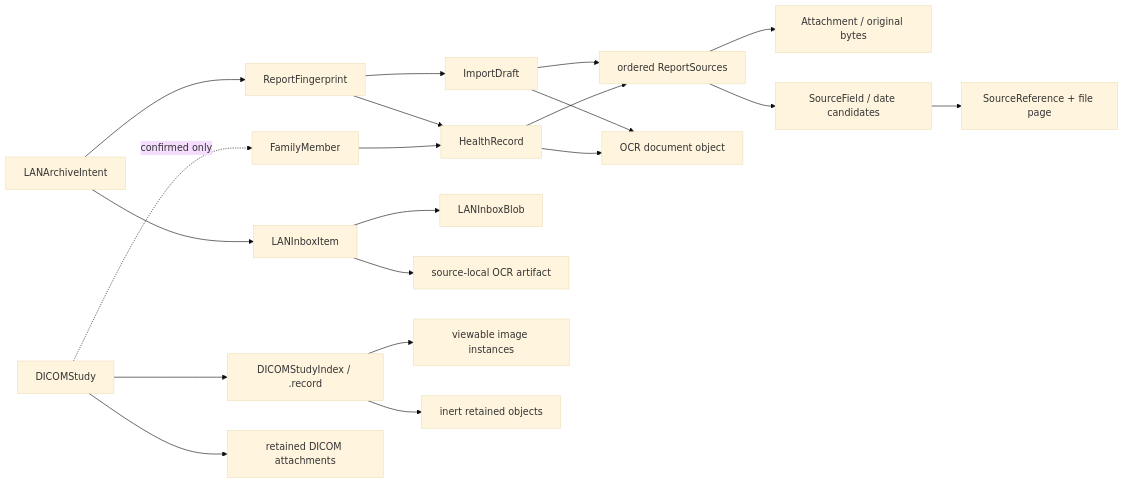
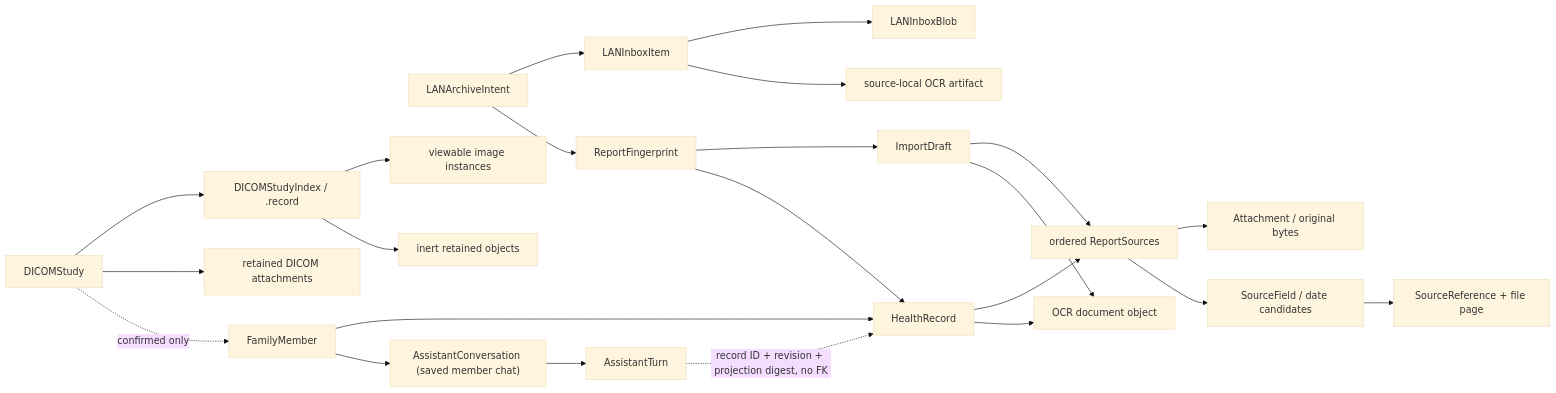
The first of 2 diagrams in docs/domain-and-data-model.md (renyijiu/kinlogue), drawn with Mermaid (base theme) before and after one commit. The commit also changed other lines of this file and 107 other files, not shown here.

First line of the commit message:
feat(assistant): per-member chat through the user's own Codex CLI (#25)

````diff
--- a/docs/domain-and-data-model.md
+++ b/docs/domain-and-data-model.md
@@ -5,22 +5,25 @@
 ```mermaid
 flowchart LR
   Member["FamilyMember"] --> Record["HealthRecord"]
   Record --> Sources["ordered ReportSources"]
   Draft["ImportDraft"] --> Sources
   Sources --> Attachment["Attachment / original bytes"]
   Record --> OCR["OCR document object"]
   Draft --> OCR
   Sources --> Fields["SourceField / date candidates"]
   Fields --> Provenance["SourceReference + file page"]
   LANItem["LANInboxItem"] --> Blob["LANInboxBlob"]
   LANItem --> Derived["source-local OCR artifact"]
   Selection["LANArchiveIntent"] --> LANItem
   Selection --> Fingerprint["ReportFingerprint"]
   Fingerprint --> Draft
   Fingerprint --> Record
   DICOMStudy["DICOMStudy"] --> DICOMIndex["DICOMStudyIndex / .record"]
   DICOMStudy --> DICOMOriginal["retained DICOM attachments"]
   DICOMStudy -. "confirmed only" .-> Member
   DICOMIndex --> Viewable["viewable image instances"]
   DICOMIndex --> Inert["inert retained objects"]
+  Member --> Conversation["AssistantConversation (saved member chat)"]
+  Conversation --> Turn["AssistantTurn"]
+  Turn -. "record ID + revision + projection digest, no FK" .-> Record
 ```
````
